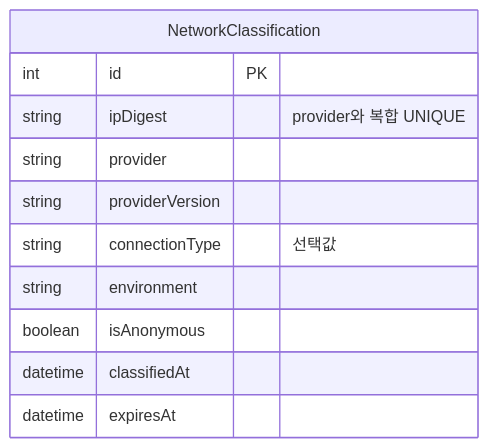
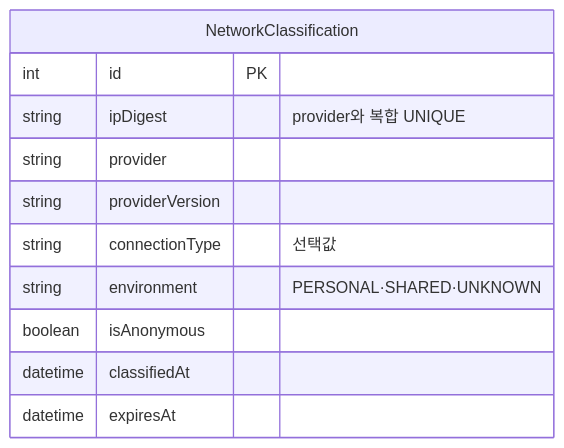
The fifth of 7 diagrams in docs/guest-management.md (luke0408/blog-erd), drawn with Mermaid before and after one commit. The commit also changed other lines of this file and 5 other files, not shown here.

Commit message:
docs(erd): reorder student questions by design requirements

````diff
--- a/docs/guest-management.md
+++ b/docs/guest-management.md
@@ -134,14 +176,14 @@
 ```mermaid
 erDiagram
     NetworkClassification {
         int id PK
         string ipDigest "provider와 복합 UNIQUE"
         string provider
         string providerVersion
         string connectionType "선택값"
-        string environment
+        string environment "PERSONAL·SHARED·UNKNOWN"
         boolean isAnonymous
         datetime classifiedAt
         datetime expiresAt
     }
 ```
````
